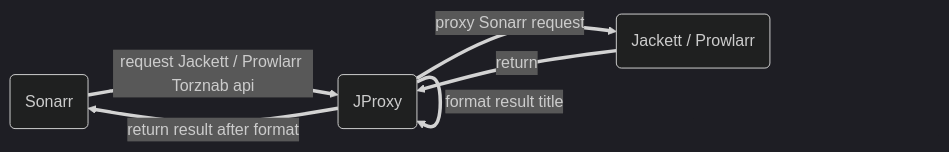
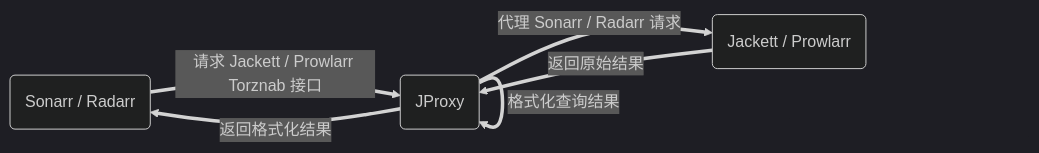
The diagram in README.md (appotry/PTtool), drawn with Mermaid (dark theme) before and after one commit. The commit also changed other lines of this file, not shown here.

````diff
--- a/README.md
+++ b/README.md
@@ -49,7 +50,9 @@
 ```mermaid
 graph LR
-    1[Sonarr] == request Jackett / Prowlarr Torznab api ==> 2(JProxy) == proxy Sonarr request ==> 3(Jackett / Prowlarr) 
-    3(Jackett / Prowlarr) == return ==> 2(JProxy) == return result after format ==> 1(Sonarr)
-    2(JProxy) == replace search key ==> 2(JProxy)
-    2(JProxy) == format result title ==> 2(JProxy)
+    1[Sonarr / Radarr] == 请求 Jackett / Prowlarr Torznab 接口 ==> 2(JProxy) == 代理 Sonarr / Radarr 请求 ==> 3(Jackett / Prowlarr) 
+
+    3(Jackett / Prowlarr) == 返回原始结果 ==> 2(JProxy) == 返回格式化结果 ==> 1(Sonarr / Radarr)
+    
+    2(JProxy) == 优化查询关键字 ==> 2(JProxy)
+    2(JProxy) == 格式化查询结果 ==> 2(JProxy)
 ```
````
